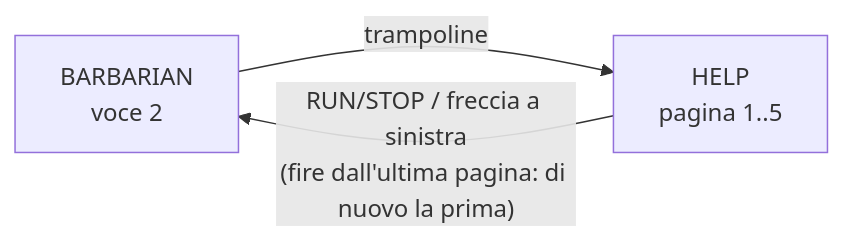
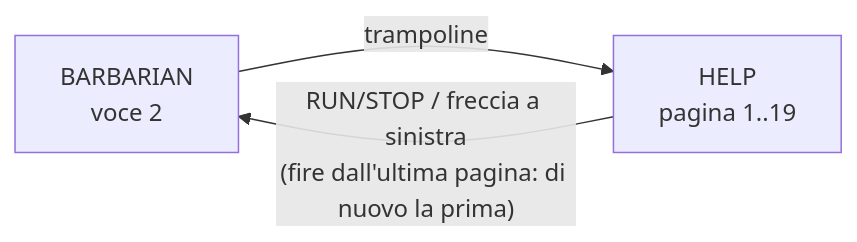
Before and after one commit to caporalesimone/barbarian-the-blood-path: the diagram in docs/wiki/help.md, drawn with Mermaid. The commit also changed other lines of this file and 47 other files, not shown here.

````diff
--- a/docs/wiki/help.md
+++ b/docs/wiki/help.md
@@ -23,5 +23,5 @@
 ```mermaid
 flowchart LR
-    B["BARBARIAN<br/>voce 2"] -->|trampoline| H["HELP<br/>pagina 1..5"]
+    B["BARBARIAN<br/>voce 2"] -->|trampoline| H["HELP<br/>pagina 1..19"]
     H -->|"RUN/STOP / freccia a sinistra<br/>(fire dall'ultima pagina: di nuovo la prima)"| B
 ```
````
